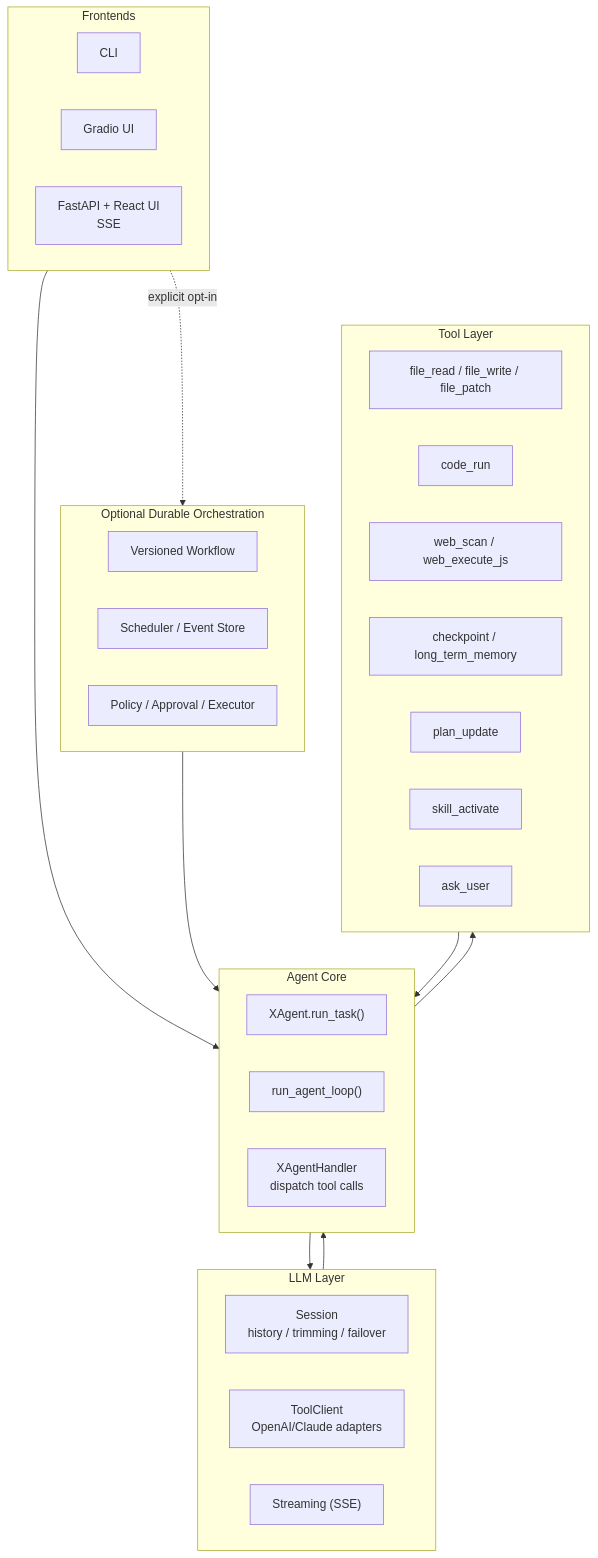
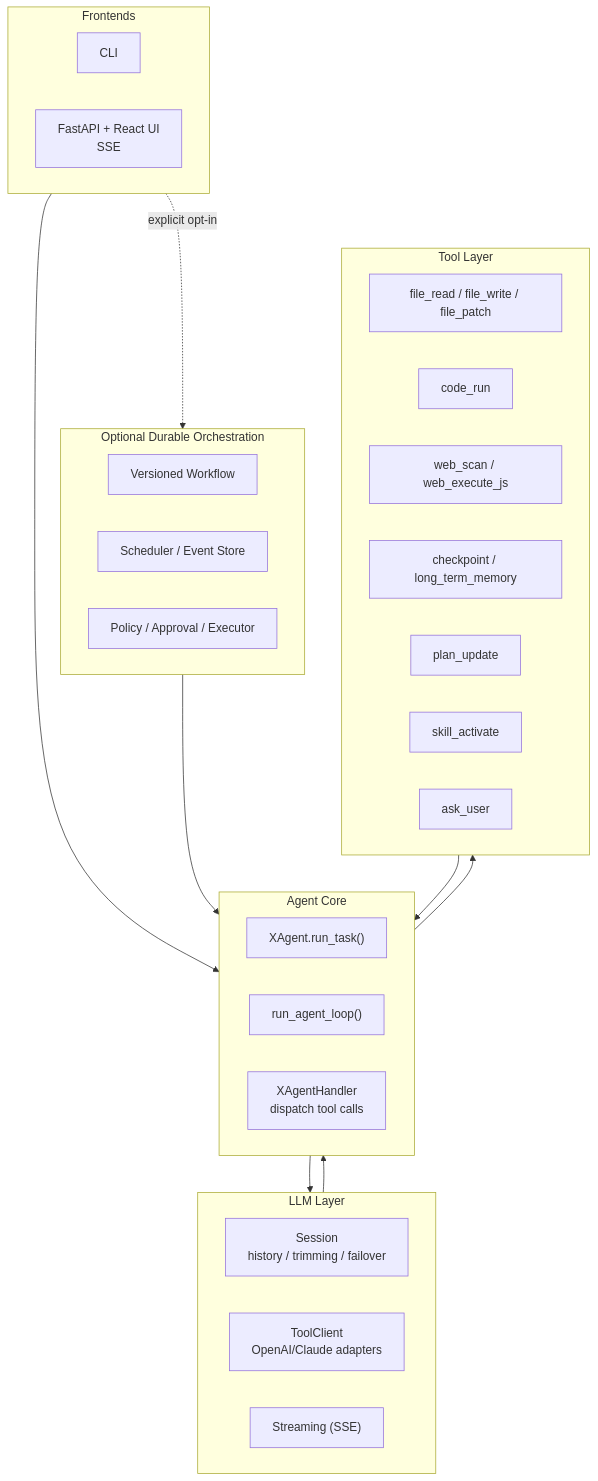
Before and after one commit to liuxusummer/XAgent: the first of 3 diagrams in README.md, drawn with Mermaid. The commit also changed other lines of this file and 16 other files, not shown here.

````diff
--- a/README.md
+++ b/README.md
@@ -52,44 +52,43 @@
 ```mermaid
 flowchart TB
   subgraph F[Frontends]
     CLI[CLI]
-    Gradio[Gradio UI]
     Web["FastAPI + React UI<br/>SSE"]
   end
 
   subgraph C[Agent Core]
     X["XAgent.run_task()"]
     Loop["run_agent_loop()"]
     Handler["XAgentHandler<br/>dispatch tool calls"]
   end
 
   subgraph O["Optional Durable Orchestration"]
     Workflow["Versioned Workflow"]
     Scheduler["Scheduler / Event Store"]
     Guard["Policy / Approval / Executor"]
   end
 
   subgraph L[LLM Layer]
     Session["Session<br/>history / trimming / failover"]
     ToolClient["ToolClient<br/>OpenAI/Claude adapters"]
     Stream["Streaming (SSE)"]
   end
 
   subgraph T[Tool Layer]
     File["file_read / file_write / file_patch"]
     Code[code_run]
     WebTool["web_scan / web_execute_js"]
     Memory["checkpoint / long_term_memory"]
     Plan[plan_update]
     Skill[skill_activate]
     Ask[ask_user]
   end
 
   F --> C
   F -. explicit opt-in .-> O
   O --> C
   C --> L
   L --> C
   C --> T
   T --> C
 ```
````
